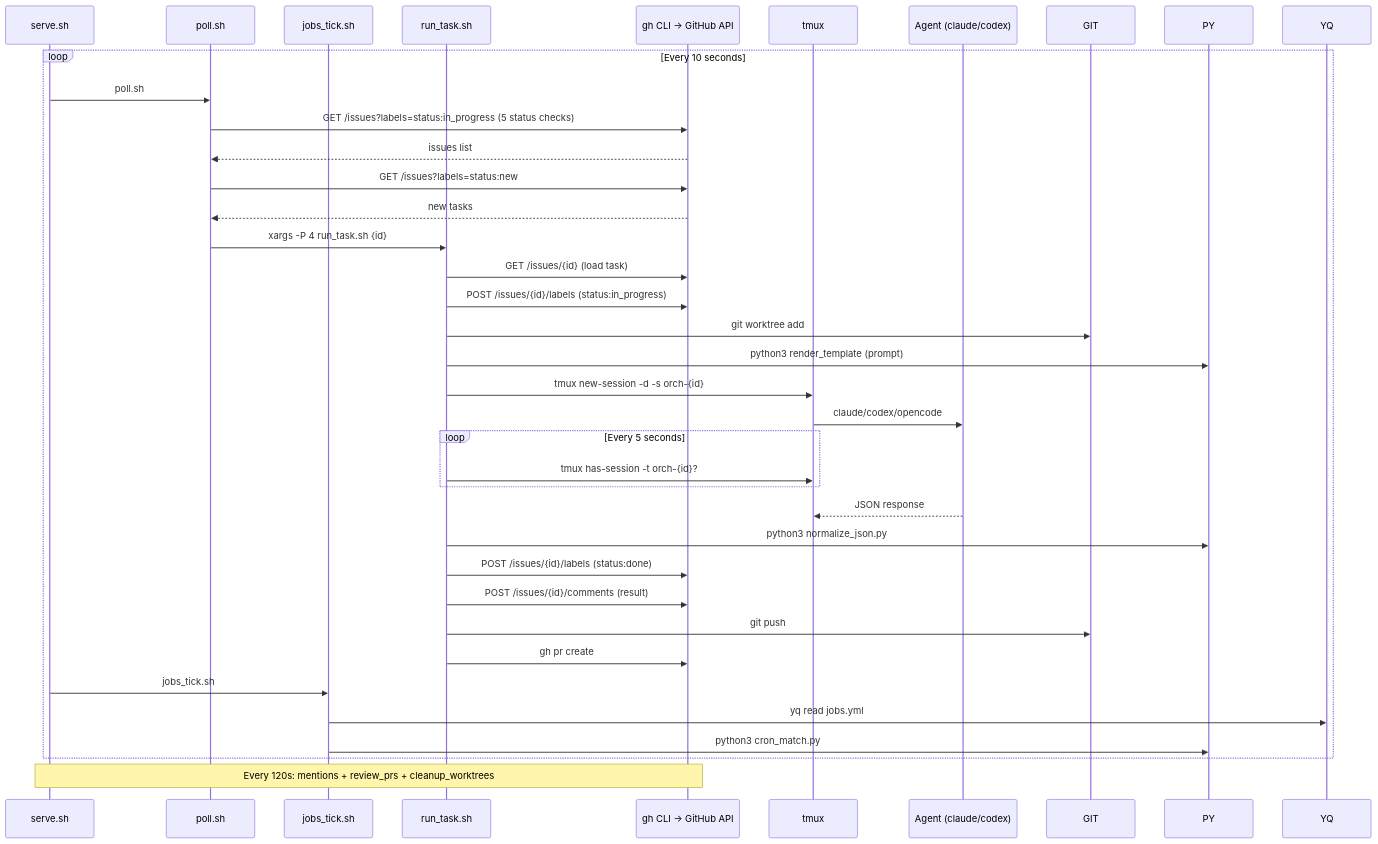
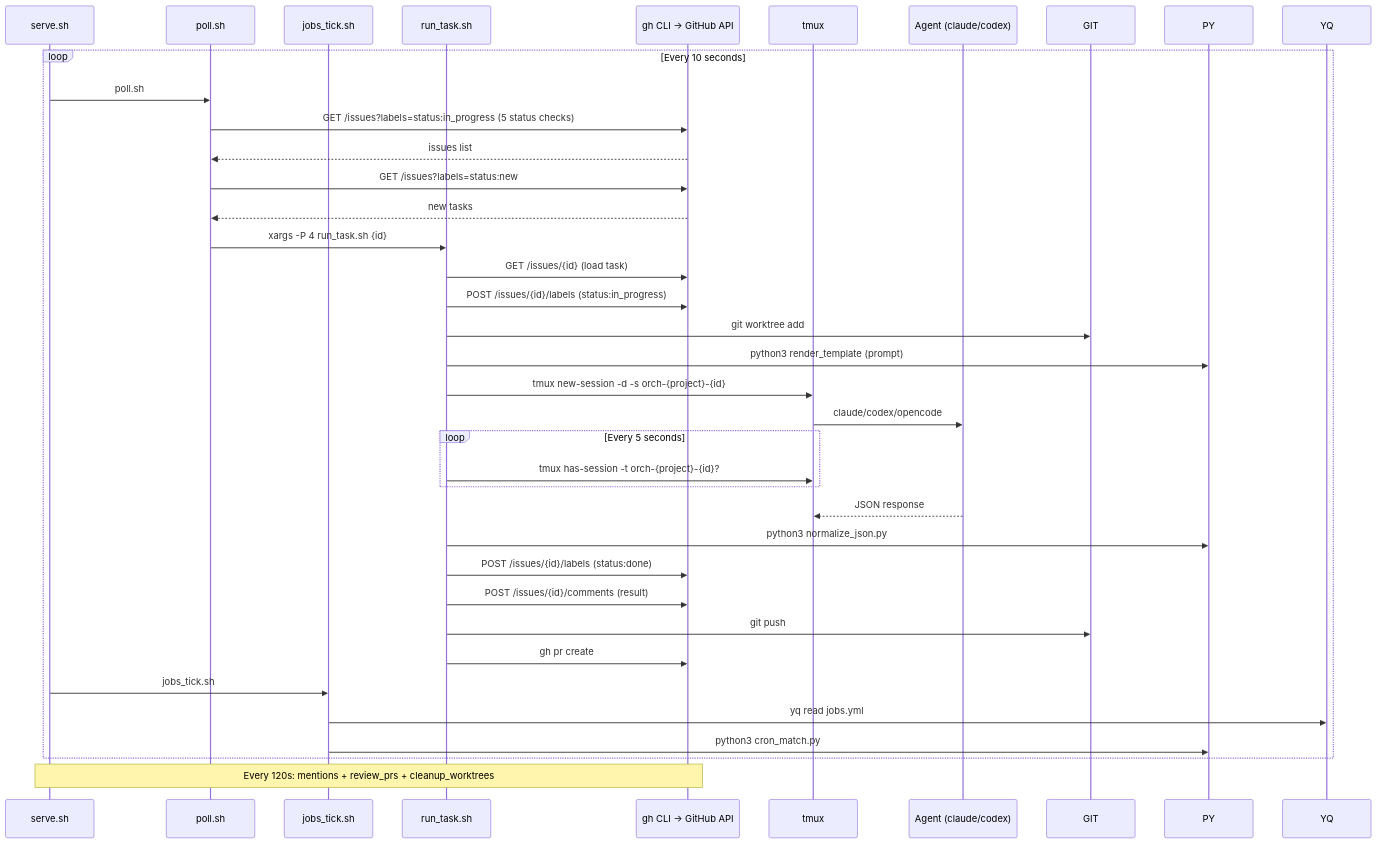
Before and after one commit to gabrielkoerich/orch: the second of 3 diagrams in PLAN.md, drawn with Mermaid. The commit also changed other lines of this file and 11 other files, not shown here.

First line of the commit message:
refactor: project-aware tmux naming, separate ~/.orch, simplify service

````diff
--- a/PLAN.md
+++ b/PLAN.md
@@ -99,41 +99,41 @@
 ```mermaid
 sequenceDiagram
     participant S as serve.sh
     participant P as poll.sh
     participant J as jobs_tick.sh
     participant R as run_task.sh
     participant GH as gh CLI → GitHub API
     participant T as tmux
     participant A as Agent (claude/codex)
 
     loop Every 10 seconds
         S->>P: poll.sh
         P->>GH: GET /issues?labels=status:in_progress (5 status checks)
         GH-->>P: issues list
         P->>GH: GET /issues?labels=status:new
         GH-->>P: new tasks
         P->>R: xargs -P 4 run_task.sh {id}
 
         R->>GH: GET /issues/{id} (load task)
         R->>GH: POST /issues/{id}/labels (status:in_progress)
         R->>GIT: git worktree add
         R->>PY: python3 render_template (prompt)
-        R->>T: tmux new-session -d -s orch-{id}
+        R->>T: tmux new-session -d -s orch-{project}-{id}
         T->>A: claude/codex/opencode
         loop Every 5 seconds
-            R->>T: tmux has-session -t orch-{id}?
+            R->>T: tmux has-session -t orch-{project}-{id}?
         end
         A-->>T: JSON response
         R->>PY: python3 normalize_json.py
         R->>GH: POST /issues/{id}/labels (status:done)
         R->>GH: POST /issues/{id}/comments (result)
         R->>GIT: git push
         R->>GH: gh pr create
 
         S->>J: jobs_tick.sh
         J->>YQ: yq read jobs.yml
         J->>PY: python3 cron_match.py
     end
 
     Note over S,GH: Every 120s: mentions + review_prs + cleanup_worktrees
 ```
````
